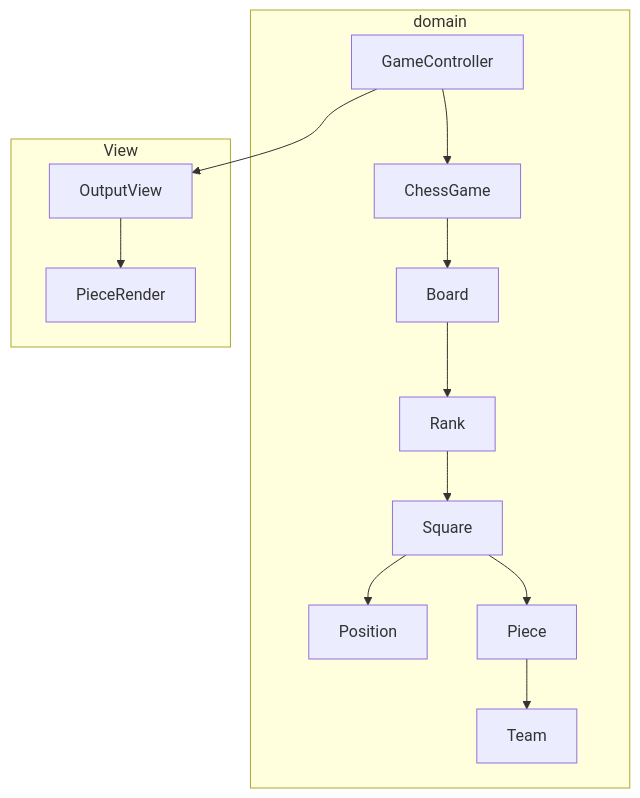
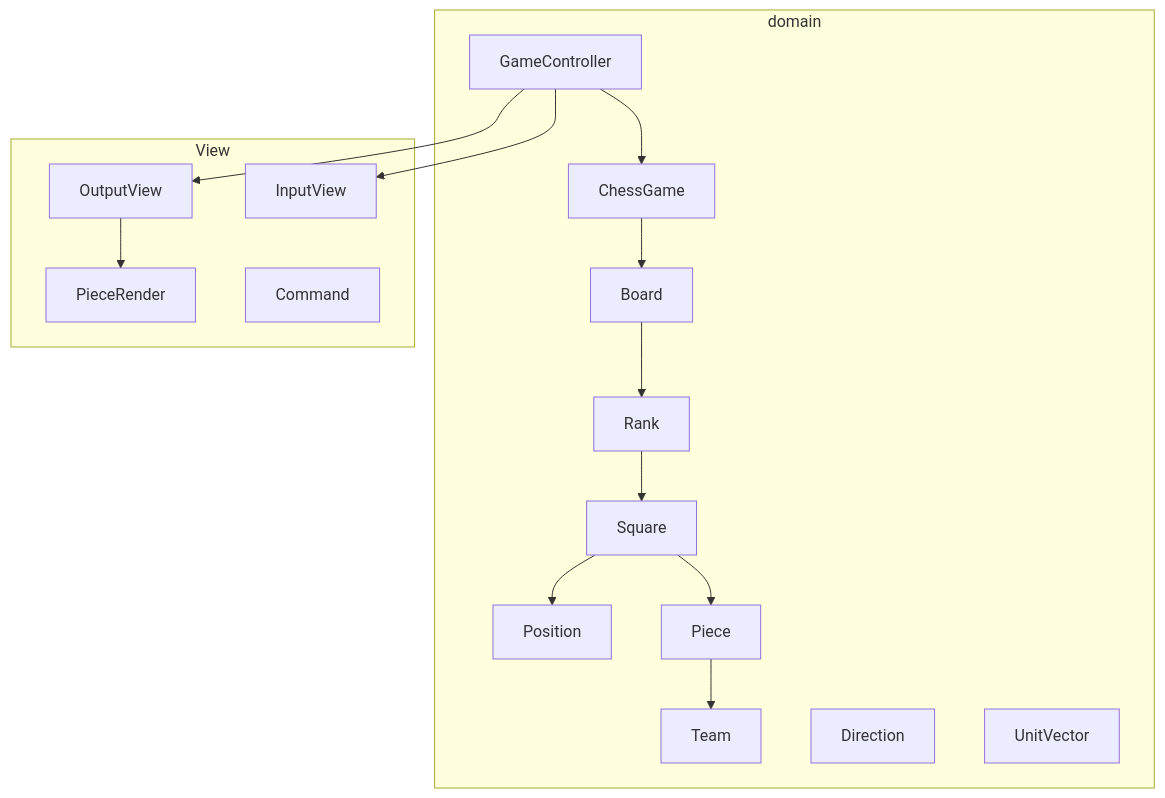
The diagram in README.md (woowacourse/java-chess), drawn with Mermaid before and after one commit. The commit also changed other lines of this file, not shown here.

Commit message:
docs(README): mermaid 내용 추가

````diff
--- a/README.md
+++ b/README.md
@@ -11,17 +11,21 @@
 ```mermaid
 graph TD
     subgraph domain
         GameController --> ChessGame
         ChessGame --> Board
         Board --> Rank
         Rank --> Square
         Square --> Position
         Square --> Piece
         Piece --> Team
+        Direction
+        UnitVector
     end
 
     subgraph View
         GameController --> OutputView
+        GameController --> InputView
         OutputView --> PieceRender
+        Command
     end
 ```
````
